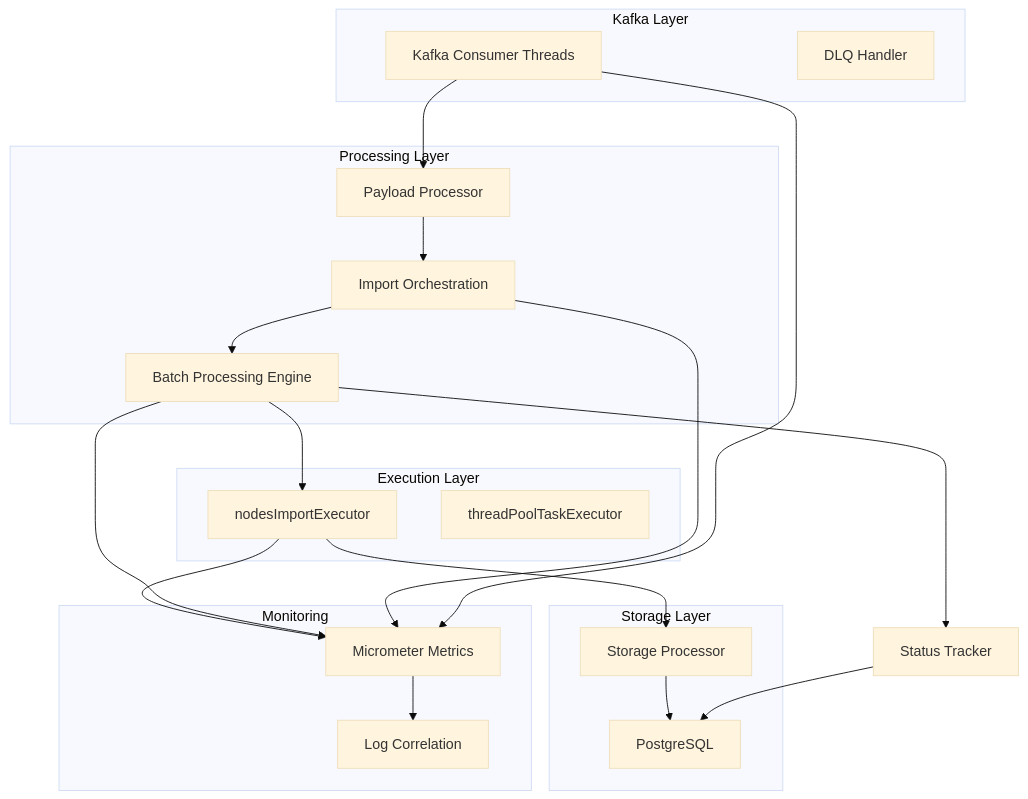
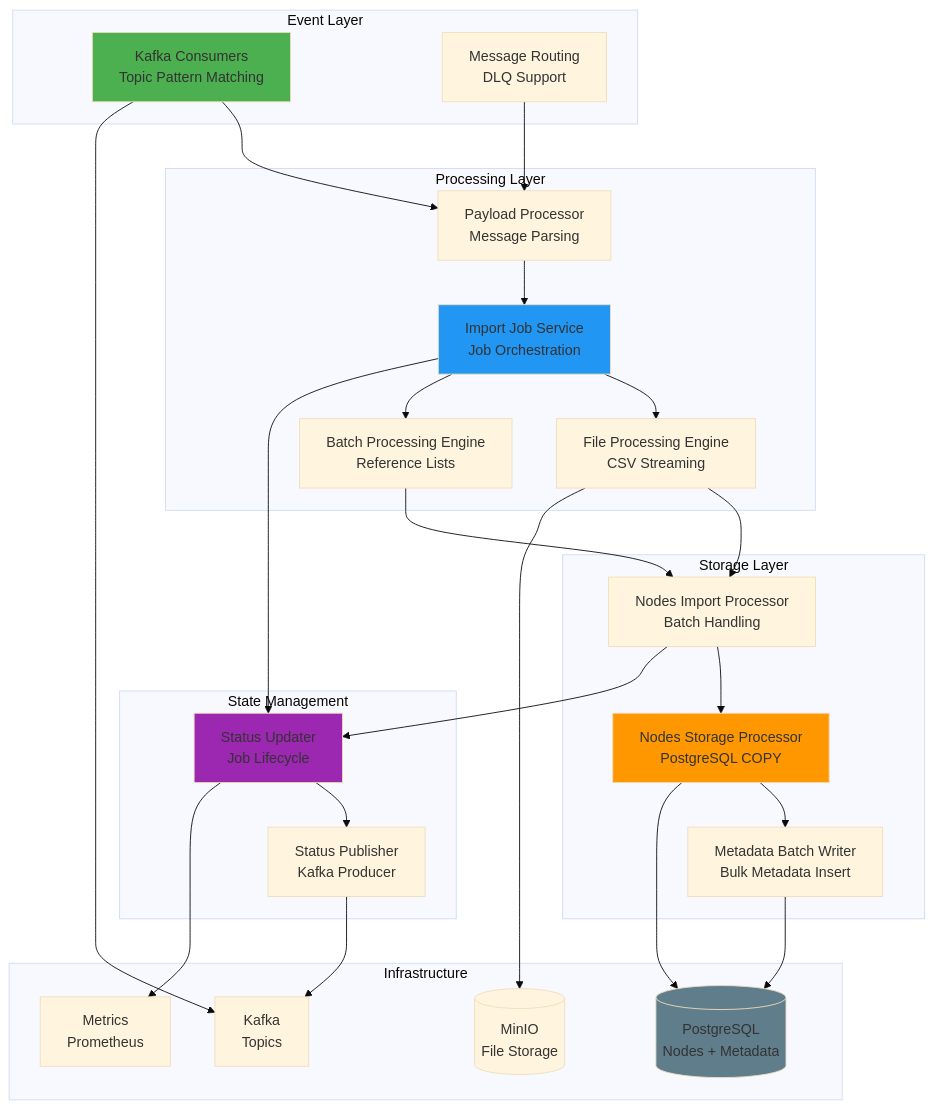
One commit to kagit00/schedule_x changed the third of 32 diagrams in docs/Low Level Designs/NodesImport.md. Above: the diagram before and after it, drawn with Mermaid (base theme). The commit also changed other lines of this file and 1 other file, not shown here.

````diff
--- a/docs/Low Level Designs/NodesImport.md
+++ b/docs/Low Level Designs/NodesImport.md
@@ -56,42 +118,59 @@
 ```mermaid
 graph TB
-    subgraph Kafka Layer
-        K1[Kafka Consumer Threads]
-        K2[DLQ Handler]
+    subgraph "Event Layer"
+        A1[Kafka Consumers<br/>Topic Pattern Matching]
+        A2[Message Routing<br/>DLQ Support]
     end
     
-    subgraph Processing Layer
-        P1[Payload Processor]
-        P2[Import Orchestration]
-        P3[Batch Processing Engine]
+    subgraph "Processing Layer"
+        B1[Payload Processor<br/>Message Parsing]
+        B2[Import Job Service<br/>Job Orchestration]
+        B3[File Processing Engine<br/>CSV Streaming]
+        B4[Batch Processing Engine<br/>Reference Lists]
     end
     
-    subgraph Execution Layer
-        E1[nodesImportExecutor]
-        E2[threadPoolTaskExecutor]
+    subgraph "Storage Layer"
+        C1[Nodes Import Processor<br/>Batch Handling]
+        C2[Nodes Storage Processor<br/>PostgreSQL COPY]
+        C3[Metadata Batch Writer<br/>Bulk Metadata Insert]
     end
     
-    subgraph Storage Layer
-        S1[Storage Processor]
-        S2[PostgreSQL]
+    subgraph "State Management"
+        D1[Status Updater<br/>Job Lifecycle]
+        D2[Status Publisher<br/>Kafka Producer]
     end
     
-    subgraph Monitoring
-        M1[Micrometer Metrics]
-        M2[Log Correlation]
+    subgraph "Infrastructure"
+        E1[(PostgreSQL<br/>Nodes + Metadata)]
+        E2[(MinIO<br/>File Storage)]
+        E3[Kafka<br/>Topics]
+        E4[Metrics<br/>Prometheus]
     end
     
-    K1 --> P1
-    P1 --> P2
-    P2 --> P3
-    P3 --> E1
-    E1 --> S1
-    S1 --> S2
-    E1 --> M1
-    P3 --> M1
-    P2 --> M1
-    K1 --> M1
-    P3 --> F1[Status Tracker]
-    F1 --> S2
-    M1 --> M2
+    A1 --> B1
+    A2 --> B1
+    B1 --> B2
+    B2 --> B3
+    B2 --> B4
+    B3 --> C1
+    B4 --> C1
+    C1 --> C2
+    C2 --> C3
+    
+    B2 --> D1
+    C1 --> D1
+    D1 --> D2
+    
+    C2 --> E1
+    C3 --> E1
+    B3 --> E2
+    A1 --> E3
+    D2 --> E3
+    D1 --> E4
+    
+    style A1 fill:#4CAF50
+    style B2 fill:#2196F3
+    style C2 fill:#FF9800
+    style D1 fill:#9C27B0
+    style E1 fill:#607D8B
 ```
````
